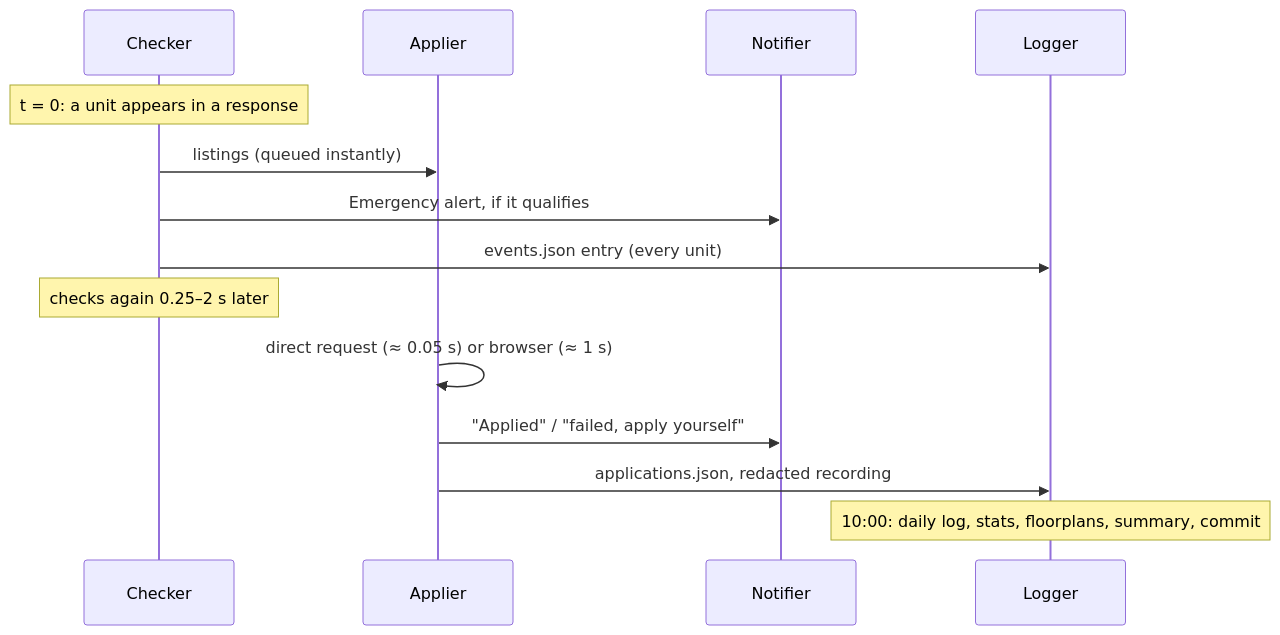
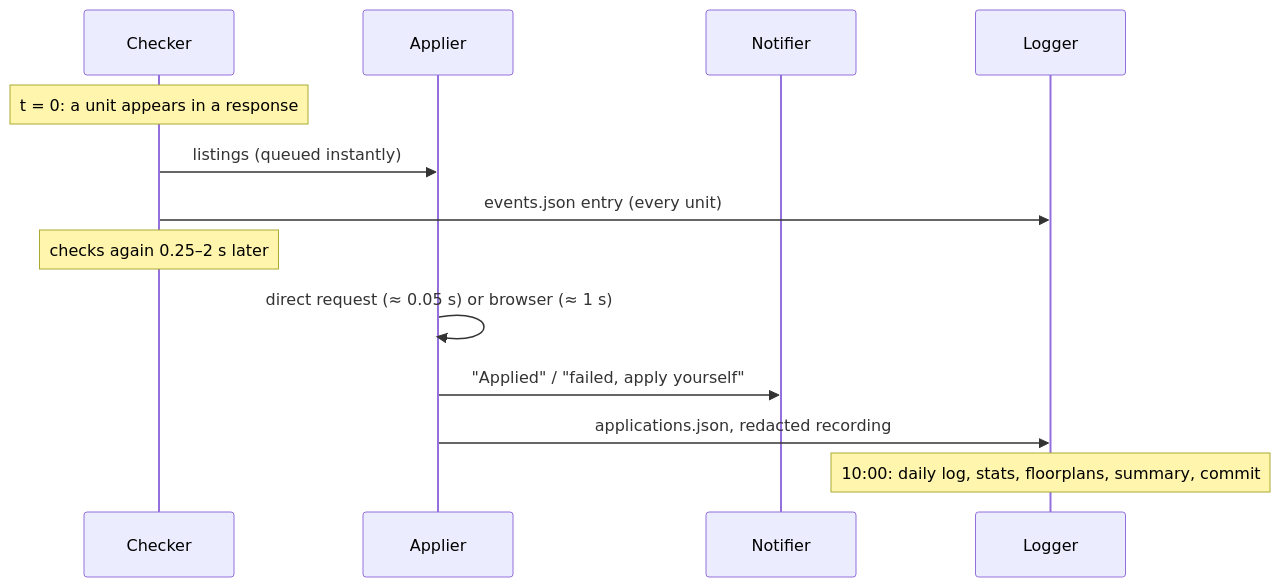
Before and after one commit to cshoffmann/stuytown-affordable-housing-watcher: the second of 2 diagrams in docs/architecture.md, drawn with Mermaid. The commit also changed other lines of this file and 13 other files, not shown here.

````diff
--- a/docs/architecture.md
+++ b/docs/architecture.md
@@ -44,16 +43,15 @@
 ```mermaid
 sequenceDiagram
     participant C as Checker
     participant A as Applier
     participant N as Notifier
     participant L as Logger
     Note over C: t = 0: a unit appears in a response
     C->>A: listings (queued instantly)
-    C->>N: Emergency alert, if it qualifies
     C->>L: events.json entry (every unit)
     Note over C: checks again 0.25–2 s later
     A->>A: direct request (≈ 0.05 s) or browser (≈ 1 s)
     A->>N: "Applied" / "failed, apply yourself"
     A->>L: applications.json, redacted recording
     Note over L: 10:00: daily log, stats, floorplans, summary, commit
 ```
````
